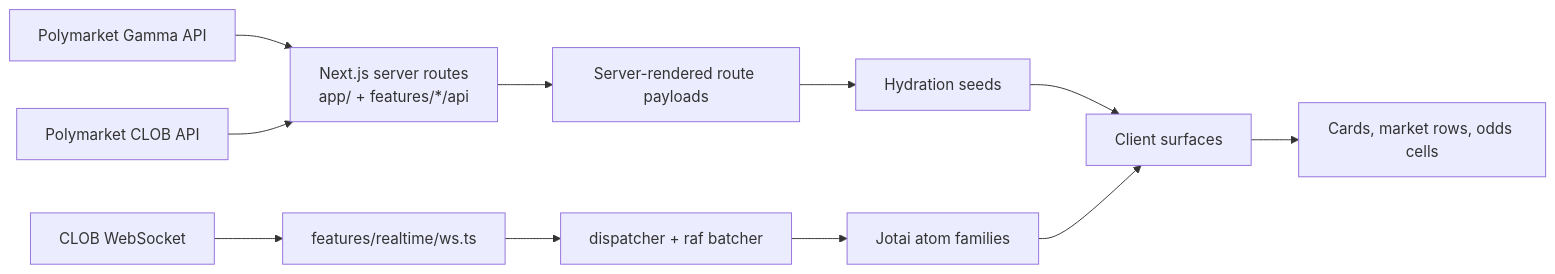
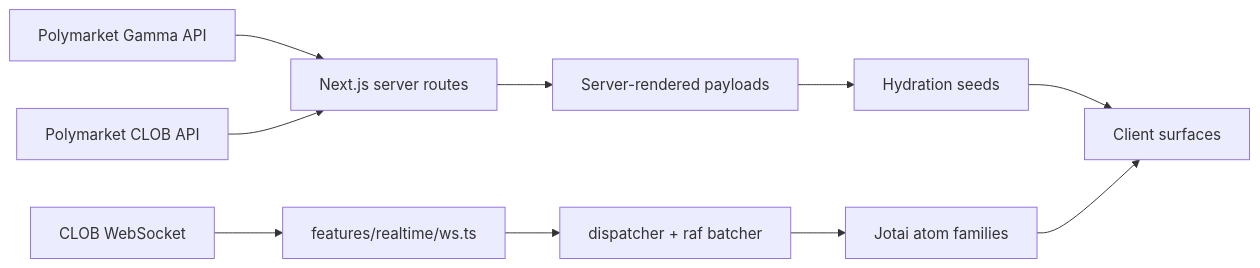
One commit to TsurDrori/polymarket-clone changed the diagram in README.md. Above: the diagram before and after it, drawn with Mermaid. The commit also changed other lines of this file, not shown here.

````diff
--- a/README.md
+++ b/README.md
@@ -74,13 +51,12 @@
 ```mermaid
 flowchart LR
-  A["Polymarket Gamma API"] --> B["Next.js server routes<br/>app/ + features/*/api"]
-  G["Polymarket CLOB API"] --> B
-  B --> C["Server-rendered route payloads"]
-  C --> D["Hydration seeds"]
-  D --> E["Client surfaces"]
-  H["CLOB WebSocket"] --> I["features/realtime/ws.ts"]
-  I --> J["dispatcher + raf batcher"]
-  J --> K["Jotai atom families"]
-  K --> E
-  E --> L["Cards, market rows, odds cells"]
+  A["Polymarket Gamma API"] --> B["Next.js server routes"]
+  C["Polymarket CLOB API"] --> B
+  B --> D["Server-rendered payloads"]
+  D --> E["Hydration seeds"]
+  E --> F["Client surfaces"]
+  G["CLOB WebSocket"] --> H["features/realtime/ws.ts"]
+  H --> I["dispatcher + raf batcher"]
+  I --> J["Jotai atom families"]
+  J --> F
 ```
````
